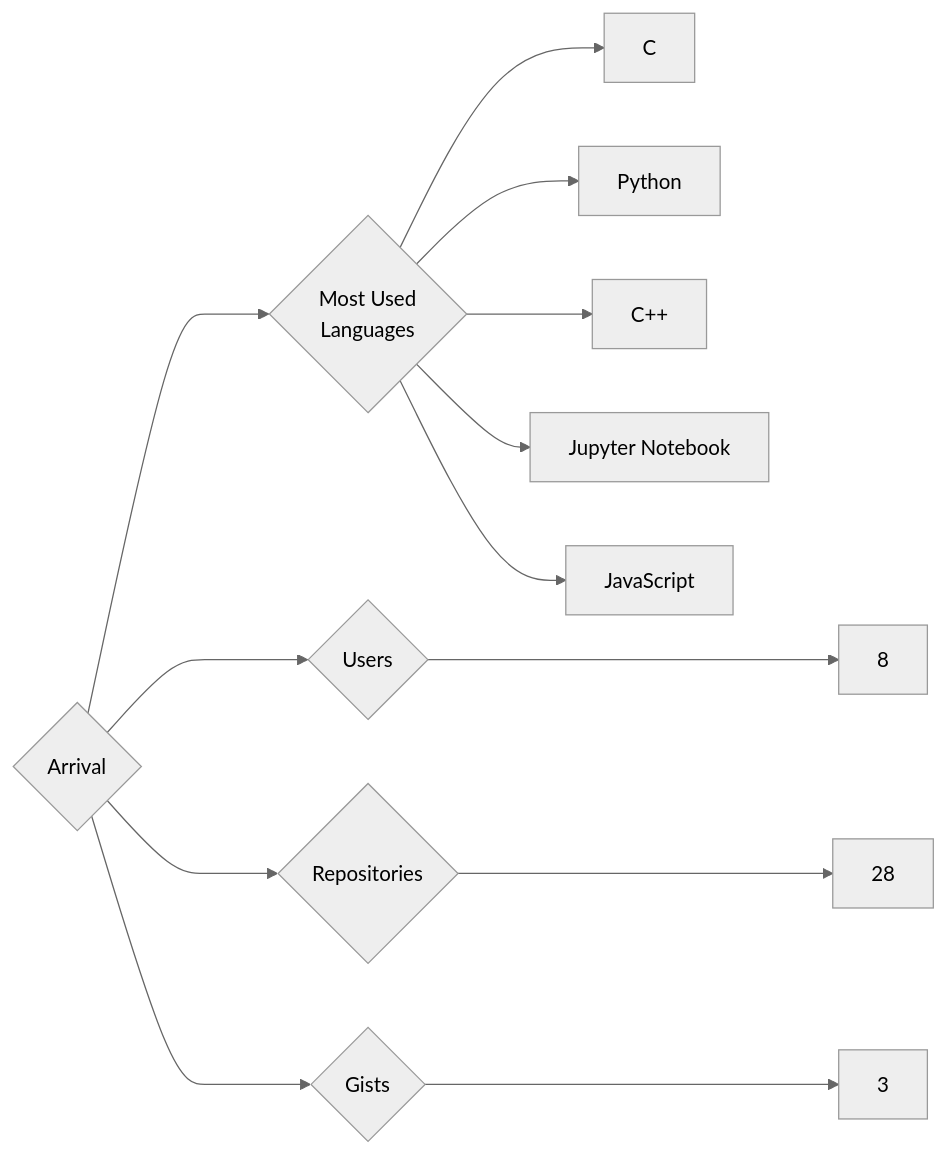
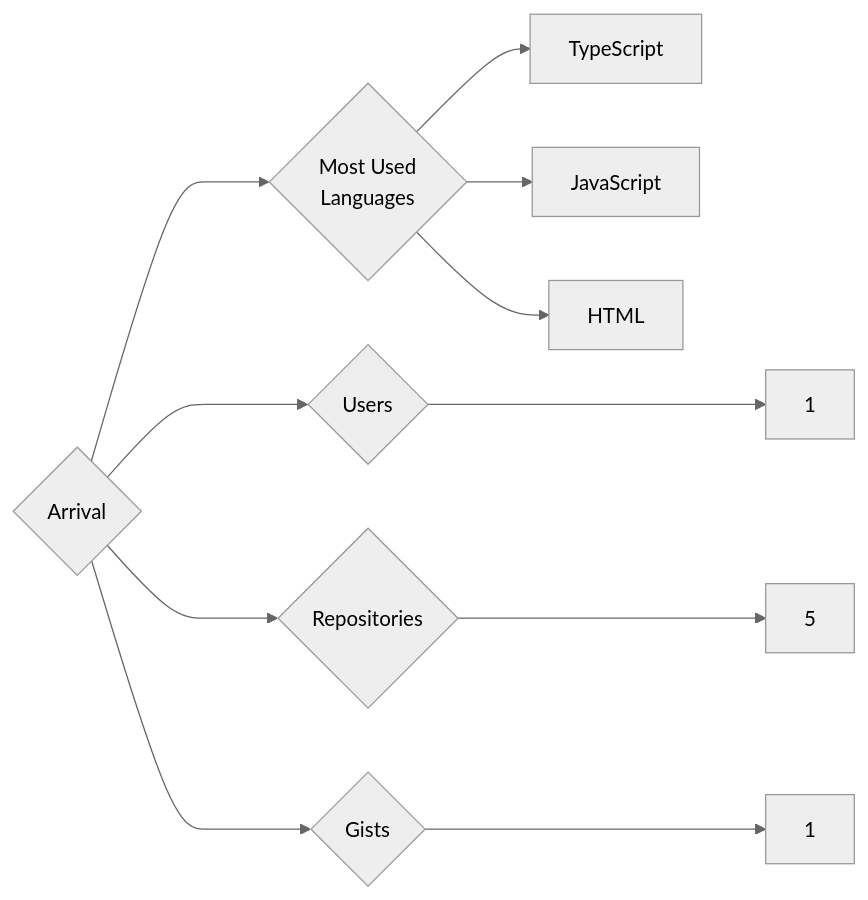
Before and after one commit to trickest/insiders: the diagram in targets/Arrival/README.md, drawn with Mermaid (neutral theme). The commit also changed 724 other files, not shown here.

````diff
--- a/targets/Arrival/README.md
+++ b/targets/Arrival/README.md
@@ -3,13 +3,11 @@
 ```mermaid
 graph LR
 COMPANY_NAME{Arrival}
-COMPANY_NAME ---> U{Users} ---> UN[8]
-COMPANY_NAME ---> R{Repositories} ---> RN[28]
-COMPANY_NAME ---> G{Gists} ---> GN[3]
+COMPANY_NAME ---> U{Users} ---> UN[1]
+COMPANY_NAME ---> R{Repositories} ---> RN[5]
+COMPANY_NAME ---> G{Gists} ---> GN[1]
 COMPANY_NAME ---> ML{Most Used<br>Languages}
-ML --> C[C]
-ML --> Python[Python]
-ML --> C++[C++]
-ML --> Jupyter_Notebook[Jupyter Notebook]
+ML --> TypeScript[TypeScript]
 ML --> JavaScript[JavaScript]
+ML --> HTML[HTML]
 ```
````
